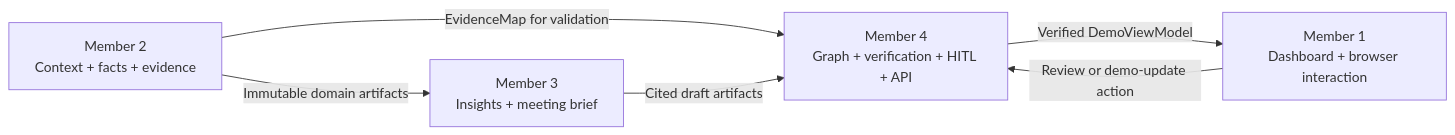
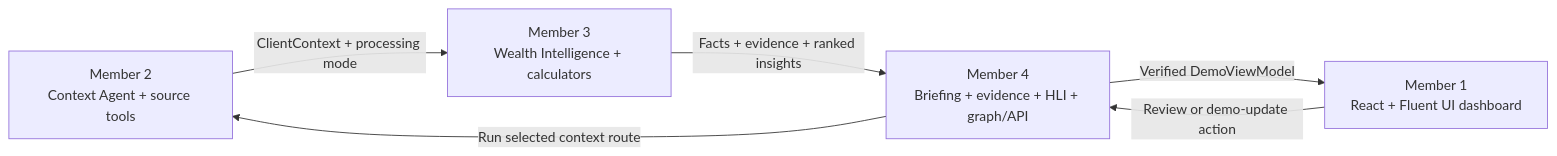
Before and after one commit to choiwab/SingHacks-2026: the fourth of 4 diagrams in docs/PRD_TEAMS_RM_INTELLIGENCE.md, drawn with Mermaid. The commit also changed other lines of this file and 5 other files, not shown here.

Commit message:
docs: align team ownership with node flow

````diff
--- a/docs/PRD_TEAMS_RM_INTELLIGENCE.md
+++ b/docs/PRD_TEAMS_RM_INTELLIGENCE.md
@@ -663,8 +667,8 @@
 ```mermaid
 flowchart LR
-    M2[Member 2<br/>Context + facts + evidence] -->|Immutable domain artifacts| M3[Member 3<br/>Insights + meeting brief]
-    M2 -->|EvidenceMap for validation| M4[Member 4<br/>Graph + verification + HITL + API]
-    M3 -->|Cited draft artifacts| M4
-    M4 -->|Verified DemoViewModel| M1[Member 1<br/>Dashboard + browser interaction]
+    M2[Member 2<br/>Context Agent + source tools] -->|ClientContext + processing mode| M3[Member 3<br/>Wealth Intelligence + calculators]
+    M3 -->|Facts + evidence + ranked insights| M4[Member 4<br/>Briefing + evidence + HLI + graph/API]
+    M4 -->|Verified DemoViewModel| M1[Member 1<br/>React + Fluent UI dashboard]
     M1 -->|Review or demo-update action| M4
+    M4 -->|Run selected context route| M2
 ```
````
